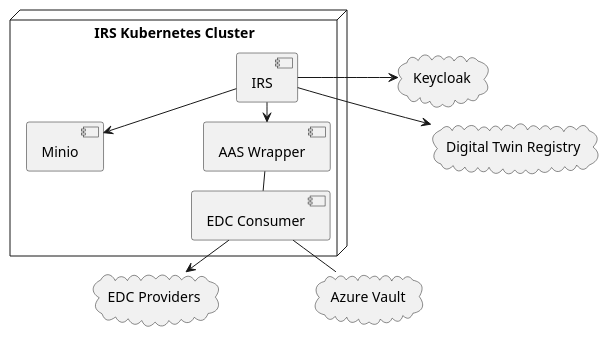
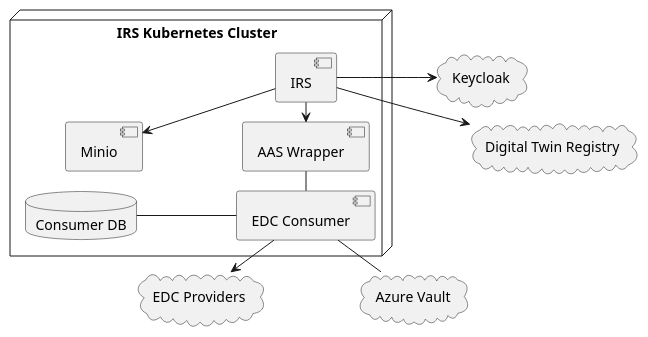
One commit to eclipse-tractusx/item-relationship-service changed the diagram in uml-diagrams/deployment-view/level-0-int.puml. Above: the diagram before and after it, drawn with PlantUML.

Commit message:
chore(uml):[-] Add edc db to cluster

```diff
--- a/uml-diagrams/deployment-view/level-0-int.puml
+++ b/uml-diagrams/deployment-view/level-0-int.puml
@@ -1,30 +1,32 @@
 @startuml
 skinparam monochrome true
 skinparam shadowing false
 skinparam nodesep 100
 skinparam ranksep 20
 
 cloud "Digital Twin Registry" as dtr
 cloud "EDC Providers" as providers
 cloud Keycloak
 cloud "Azure Vault" as azure
 
 node "IRS Kubernetes Cluster" as k8s {
 
     component IRS
     component Minio
     component "AAS Wrapper" as aasw
     component "EDC Consumer" as consumer
+    database "Consumer DB" as cdb
 
     IRS --> Minio
     IRS --> aasw
     aasw -- consumer
+    cdb - consumer
 
 }
 
 IRS -> Keycloak
 IRS --> dtr
 consumer --> providers
 consumer -- azure
 
 @enduml
```
